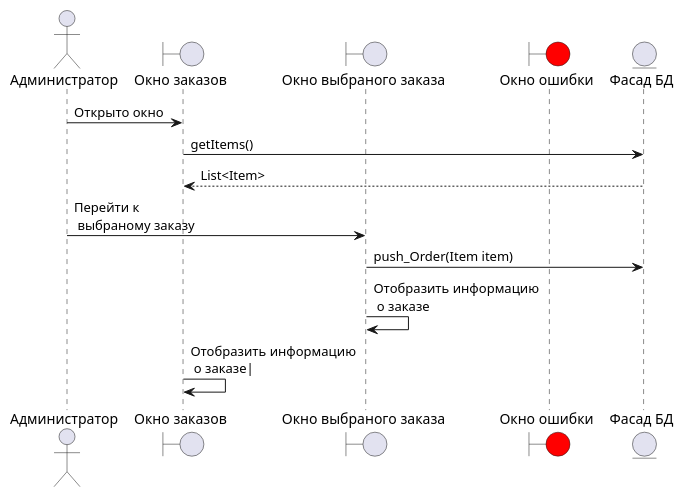
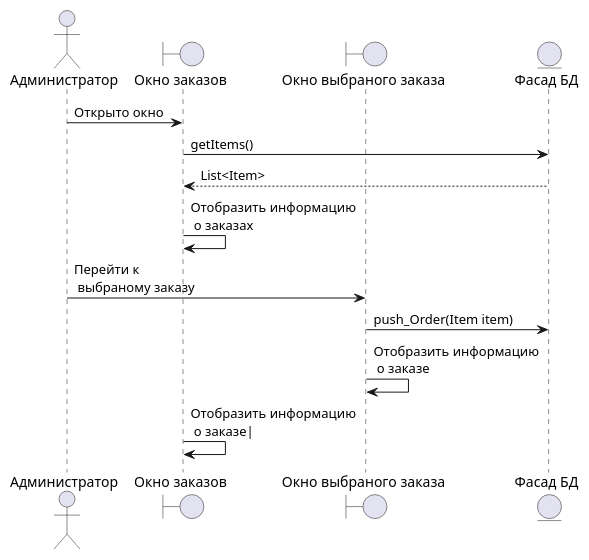
Before and after one commit to BombasticFantastik/PIS_Course_work: the diagram in uml-диаграммы/Диаграмма последовательности/Диаграмма_последовательности_отправить_заказ.puml, drawn with PlantUML. The commit also changed 15 other files, not shown here.

```diff
--- a/uml-диаграммы/Диаграмма последовательности/Диаграмма_последовательности_отправить_заказ.puml
+++ b/uml-диаграммы/Диаграмма последовательности/Диаграмма_последовательности_отправить_заказ.puml
@@ -1,22 +1,22 @@
 @startuml Диаграмма последовательности отправления заказа+
 
 actor Admin as "Администратор"
 
 boundary item_list as "Окно заказов"
 boundary selected_order_window as "Окно выбраного заказа"
-boundary error as "Окно ошибки" #red
 
 entity facade as "Фасад БД"
 
 Admin -> item_list : Открыто окно
 
 item_list -> facade : getItems()
 facade --> item_list : List<Item>
+item_list->item_list: Отобразить информацию \n о заказах
 
 Admin -> selected_order_window : Перейти к \n выбраному заказу
 
 selected_order_window->facade : push_Order(Item item)
 selected_order_window->selected_order_window: Отобразить информацию \n о заказе
 item_list -> item_list : Отобразить информацию \n о заказе| 
 
 @enduml
```
